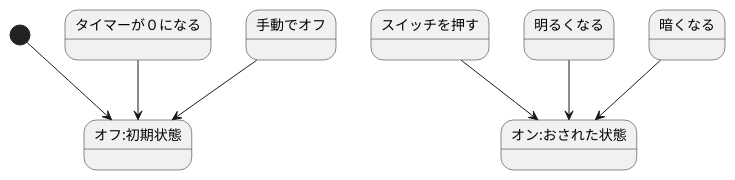
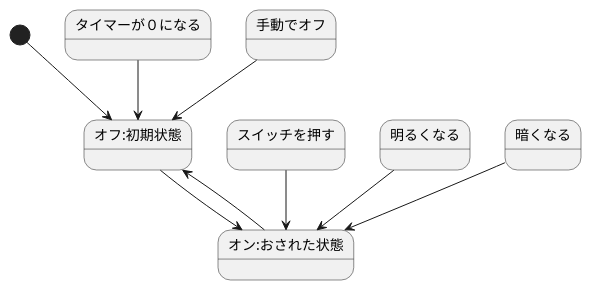
Before and after one commit to w22054/-w22054-10-: the diagram in rensyu3.pu, drawn with PlantUML.

Commit message:
状態遷移図

```diff
--- a/rensyu3.pu
+++ b/rensyu3.pu
@@ -1,8 +1,10 @@
 @startuml
 [*]-->オフ:初期状態
 スイッチを押す-->オン:おされた状態
 タイマーが０になる-->オフ:初期状態
 手動でオフ-->オフ:初期状態
 明るくなる-->オン:おされた状態
 暗くなる-->オン:おされた状態
+オフ:初期状態-->オン:おされた状態
+オン:おされた状態-->オフ:初期状態
 @enduml
```
